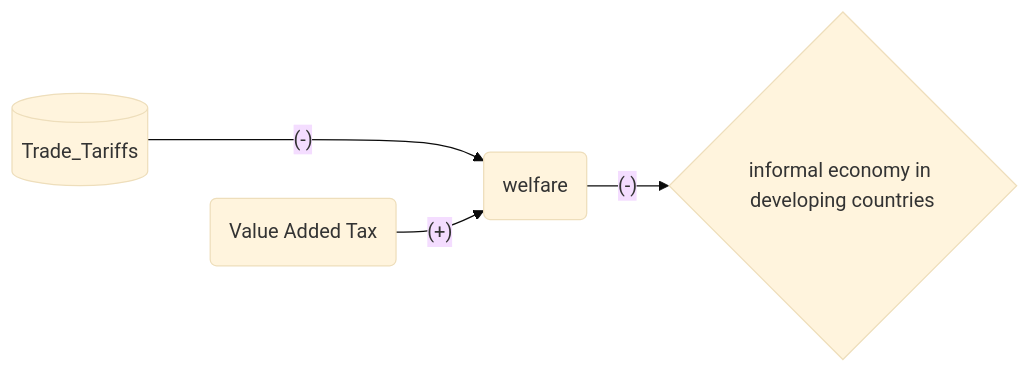
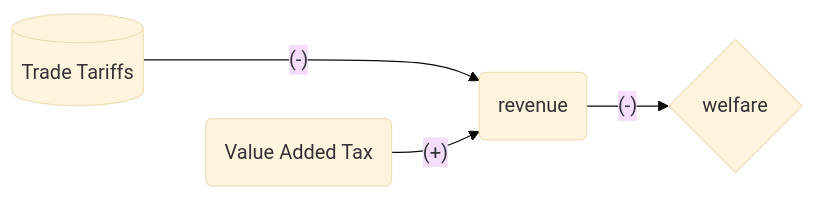
The fifth of 5 diagrams in Paper_Summaries.md (ecn310/course-project-taxes-tariffs), drawn with Mermaid (base theme) before and after one commit. The commit also changed other lines of this file, not shown here.

Commit message:
Fixed paper summaries 2, 4, 5 along with their causal diagrams on 10/21/24

````diff
--- a/Paper_Summaries.md
+++ b/Paper_Summaries.md
@@ -81,6 +78,6 @@
  ```mermaid
 flowchart LR
-  A[(Trade_Tariffs)] --(-)---> B(welfare)
-  B --(-)--> C{informal economy in developing countries}
+  A[(Trade Tariffs)] --(-)---> B(revenue)
+  B --(-)--> C{welfare}
   K(Value Added Tax) --(+)--> B
 ```
````
